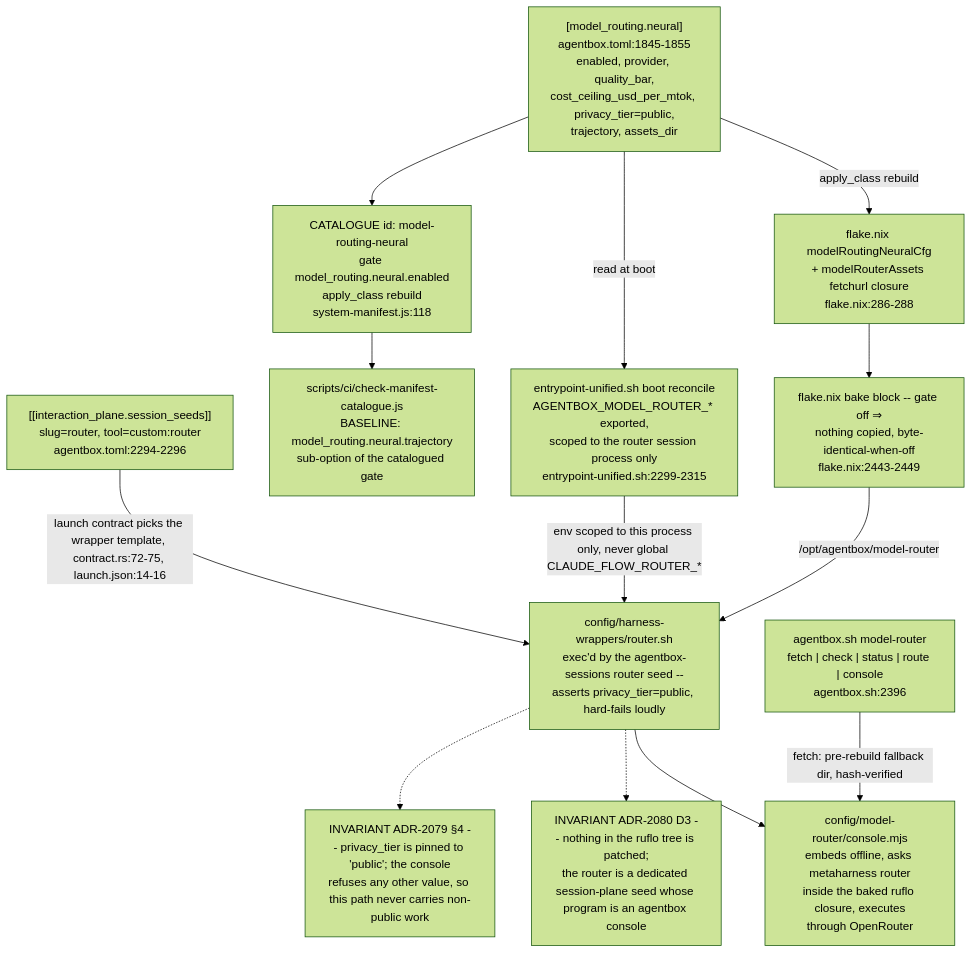
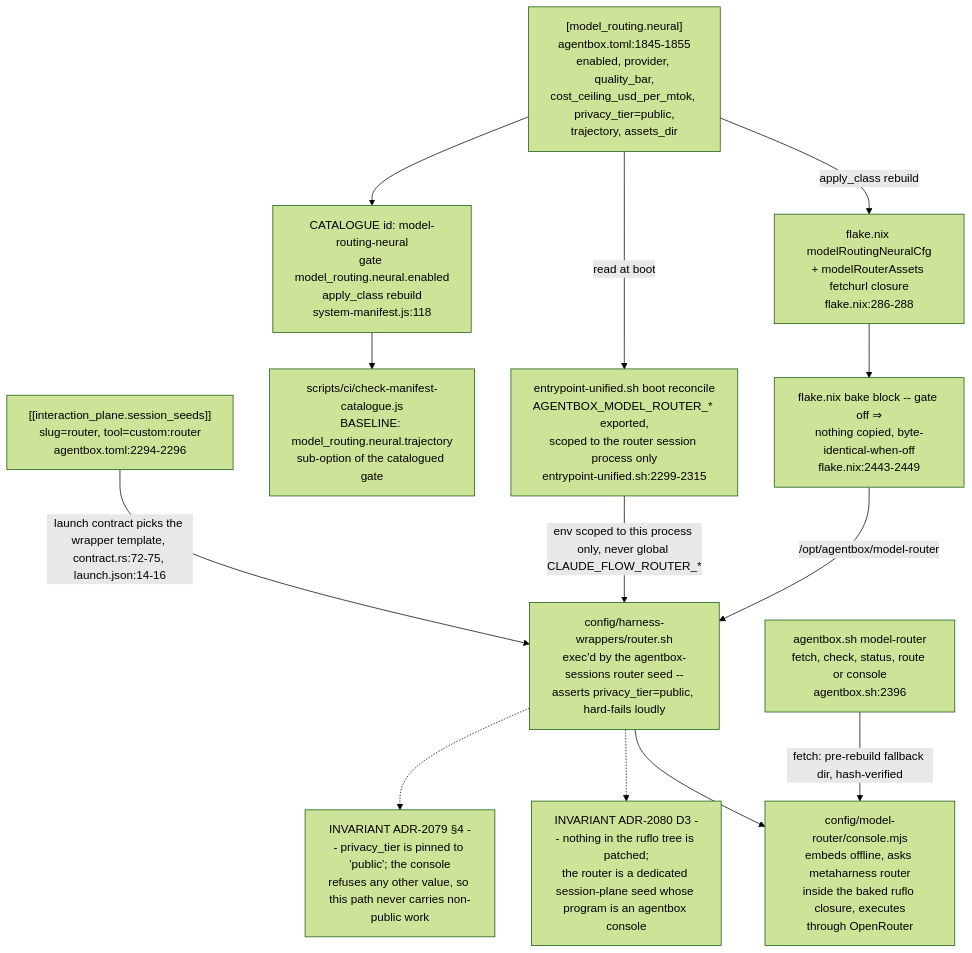
One commit to DreamLab-AI/VisionFlow changed diagram 14 of 15 in docs/diagrams/agentbox/15-capability-gating-spend-consultants.md. Above: the diagram before and after it, drawn with Mermaid (forest theme). The commit also changed other lines of this file and 18 other files, not shown here.

First line of the commit message:
docs(diagrams): successor-only repair convention and aliases in the gate; external-triage corpus fixes and register rows

````diff
--- a/docs/diagrams/agentbox/15-capability-gating-spend-consultants.md
+++ b/docs/diagrams/agentbox/15-capability-gating-spend-consultants.md
@@ -696,29 +696,29 @@
 ```mermaid
 flowchart TD
     T["[model_routing.neural]<br/>agentbox.toml:1845-1855<br/>enabled, provider, quality_bar,<br/>cost_ceiling_usd_per_mtok, privacy_tier=public,<br/>trajectory, assets_dir"]
     SEED["[[interaction_plane.session_seeds]]<br/>slug=router, tool=custom:router<br/>agentbox.toml:2294-2296"]
     CAT["CATALOGUE id: model-routing-neural<br/>gate model_routing.neural.enabled<br/>apply_class rebuild<br/>system-manifest.js:118"]
     NIX["flake.nix modelRoutingNeuralCfg<br/>+ modelRouterAssets fetchurl closure<br/>flake.nix:286-288"]
     BAKE["flake.nix bake block -- gate off ⇒<br/>nothing copied, byte-identical-when-off<br/>flake.nix:2443-2449"]
     ENTRY["entrypoint-unified.sh boot reconcile<br/>AGENTBOX_MODEL_ROUTER_* exported,<br/>scoped to the router session process only<br/>entrypoint-unified.sh:2299-2315"]
     WRAP["config/harness-wrappers/router.sh<br/>exec'd by the agentbox-sessions router seed --<br/>asserts privacy_tier=public, hard-fails loudly"]
     CONSOLE["config/model-router/console.mjs<br/>embeds offline, asks metaharness router<br/>inside the baked ruflo closure, executes<br/>through OpenRouter"]
-    CLI["agentbox.sh model-router<br/>fetch #124; check #124; status #124; route #124; console<br/>agentbox.sh:2396"]
+    CLI["agentbox.sh model-router<br/>fetch, check, status, route or console<br/>agentbox.sh:2396"]
     CATCHECK["scripts/ci/check-manifest-catalogue.js<br/>BASELINE: model_routing.neural.trajectory<br/>sub-option of the catalogued gate"]
 
     T -->|"apply_class rebuild"| NIX
     NIX --> BAKE
     BAKE -->|"/opt/agentbox/model-router"| WRAP
     T -->|"read at boot"| ENTRY
     ENTRY -->|"env scoped to this process only, never global CLAUDE_FLOW_ROUTER_*"| WRAP
     SEED -->|"launch contract picks the wrapper template, contract.rs:72-75, launch.json:14-16"| WRAP
     WRAP --> CONSOLE
     CLI -->|"fetch: pre-rebuild fallback dir, hash-verified"| CONSOLE
     T --> CAT
     CAT --> CATCHECK
 
     NOTE1["INVARIANT ADR-2080 D3 -- nothing in the ruflo tree is patched;<br/>the router is a dedicated session-plane seed whose program is an agentbox console"]
     NOTE2["INVARIANT ADR-2079 §4 -- privacy_tier is pinned to 'public'; the console<br/>refuses any other value, so this path never carries non-public work"]
     WRAP -.-> NOTE1
     WRAP -.-> NOTE2
 ```
````
